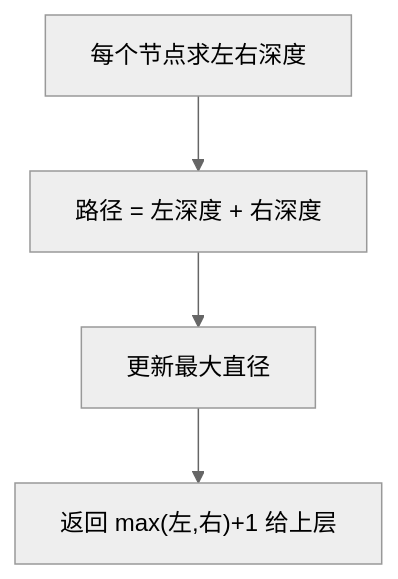
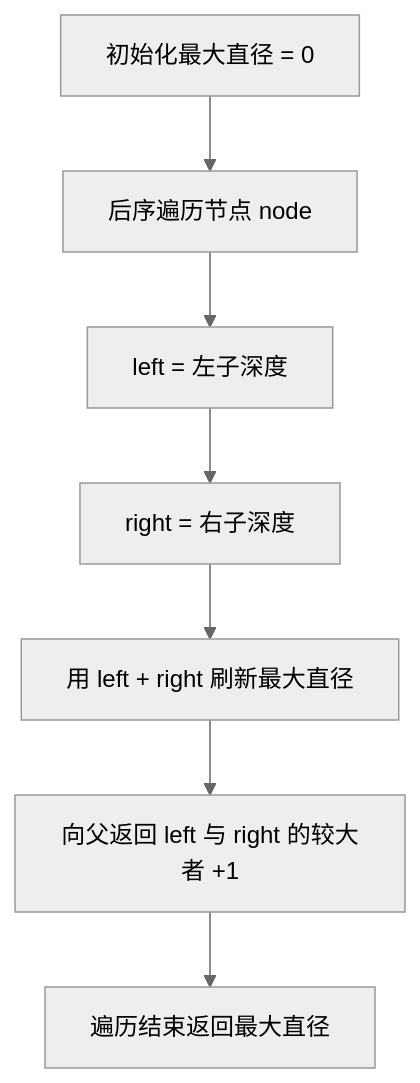
One commit to OctalZero/hot100-py changed the first of 2 diagrams in 09-二叉树/0543-二叉树的直径.md. Above: the diagram before and after it, drawn with Mermaid (neutral theme). The commit also changed other lines of this file and 117 other files, not shown here.

First line of the commit message:
feat: 全题解配图升级为「动画式 mermaid」（总览骨架 + 横向时间线逐步推演）

````diff
--- a/09-二叉树/0543-二叉树的直径.md
+++ b/09-二叉树/0543-二叉树的直径.md
@@ -22,6 +22,9 @@
 ```mermaid
 flowchart TD
-    A["每个节点求左右深度"] --> B["路径 = 左深度 + 右深度"]
-    B --> C["更新最大直径"]
-    C --> D["返回 max(左,右)+1 给上层"]
+    A["初始化最大直径 = 0"] --> B["后序遍历节点 node"]
+    B --> C["left = 左子深度"]
+    C --> D["right = 右子深度"]
+    D --> E["用 left + right 刷新最大直径"]
+    E --> F["向父返回 left 与 right 的较大者 +1"]
+    F --> G["遍历结束返回最大直径"]
 ```
````
